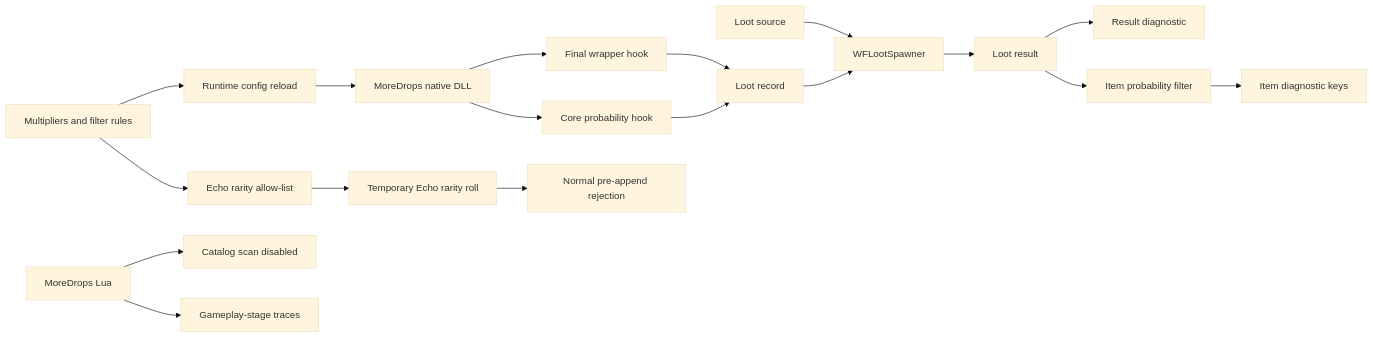
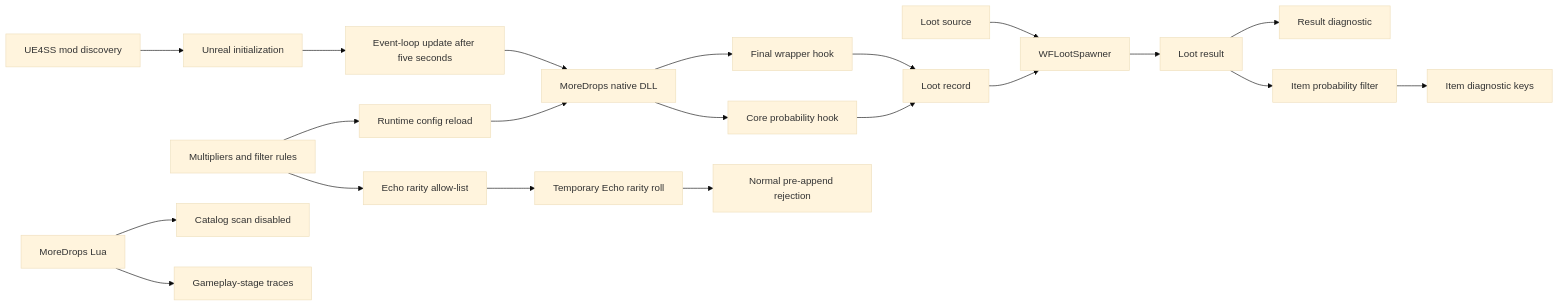
Before and after one commit to TheAngryByrd/Wayfinder-Mods: the diagram in lode/loot/summary.md, drawn with Mermaid (base theme). The commit also changed other lines of this file and 6 other files, not shown here.

Commit message:
Stabilize native mod hook installation

````diff
--- a/lode/loot/summary.md
+++ b/lode/loot/summary.md
@@ -8,20 +8,23 @@
 ```mermaid
 flowchart LR
     Config[Multipliers and filter rules] --> Reload[Runtime config reload]
+    UE4SS[UE4SS mod discovery] --> Unreal[Unreal initialization]
+    Unreal --> EventLoop[Event-loop update after five seconds]
+    EventLoop --> Native
     Reload --> Native[MoreDrops native DLL]
     Source[Loot source] --> Spawner[WFLootSpawner]
     Native --> FinalHook[Final wrapper hook]
     Native --> CoreHook[Core probability hook]
     FinalHook --> Record[Loot record]
     CoreHook --> Record
     Record --> Spawner
     Spawner --> Result[Loot result]
     Result --> Diagnostic[Result diagnostic]
     Result --> ItemFilter[Item probability filter]
     ItemFilter --> ItemLog[Item diagnostic keys]
     Config --> EchoSetting[Echo rarity allow-list]
     EchoSetting --> EchoRoll[Temporary Echo rarity roll]
     EchoRoll --> EchoReject[Normal pre-append rejection]
     Lua[MoreDrops Lua] --> Disabled[Catalog scan disabled]
     Lua --> Trace[Gameplay-stage traces]
 ```
````
